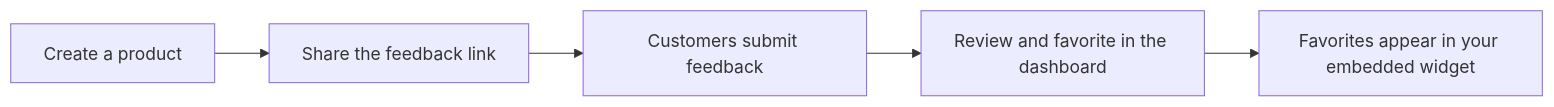
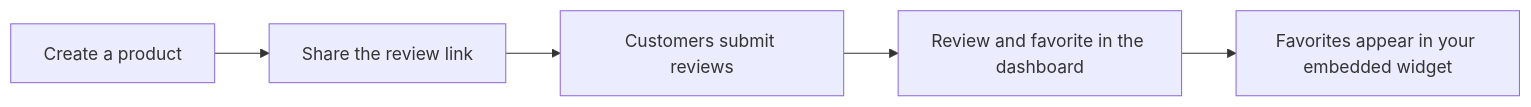
Before and after one commit to munadil-dev/use-feedback: the diagram in README.md, drawn with Mermaid. The commit also changed other lines of this file and 46 other files, not shown here.

Commit message:
feat: Rename feedback to reviews across the app, API and database, and mark required form fields

````diff
--- a/README.md
+++ b/README.md
@@ -34,7 +34,7 @@
 ```mermaid
 flowchart LR
-    A[Create a product] --> B[Share the feedback link]
-    B --> C[Customers submit feedback]
+    A[Create a product] --> B[Share the review link]
+    B --> C[Customers submit reviews]
     C --> D[Review and favorite in the dashboard]
     D --> E[Favorites appear in your embedded widget]
 ```
````
